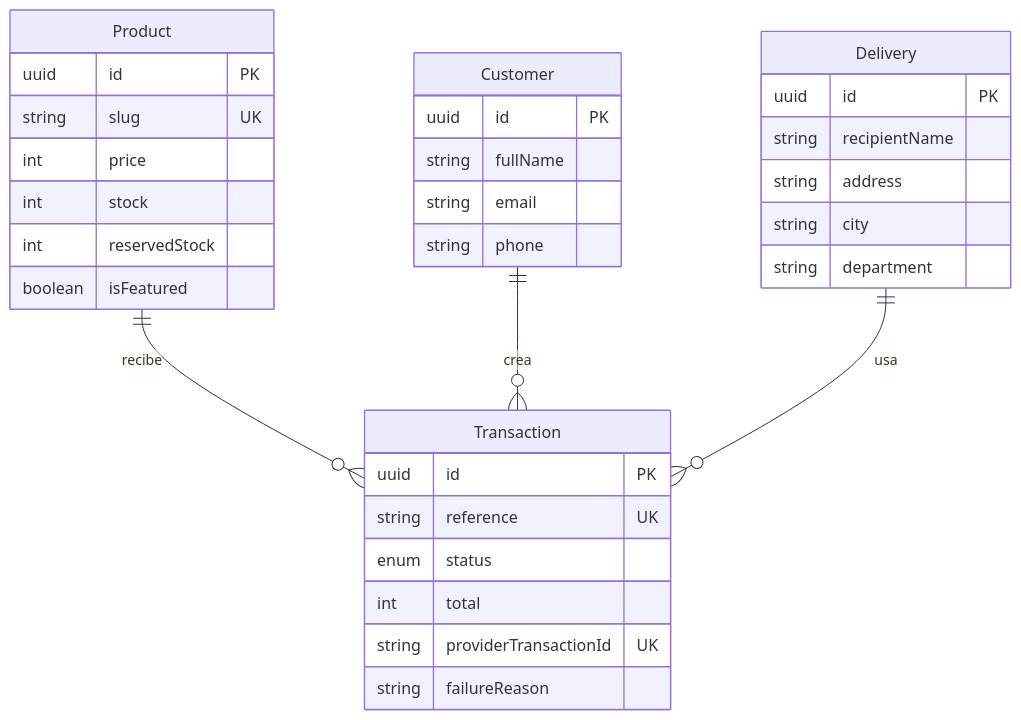
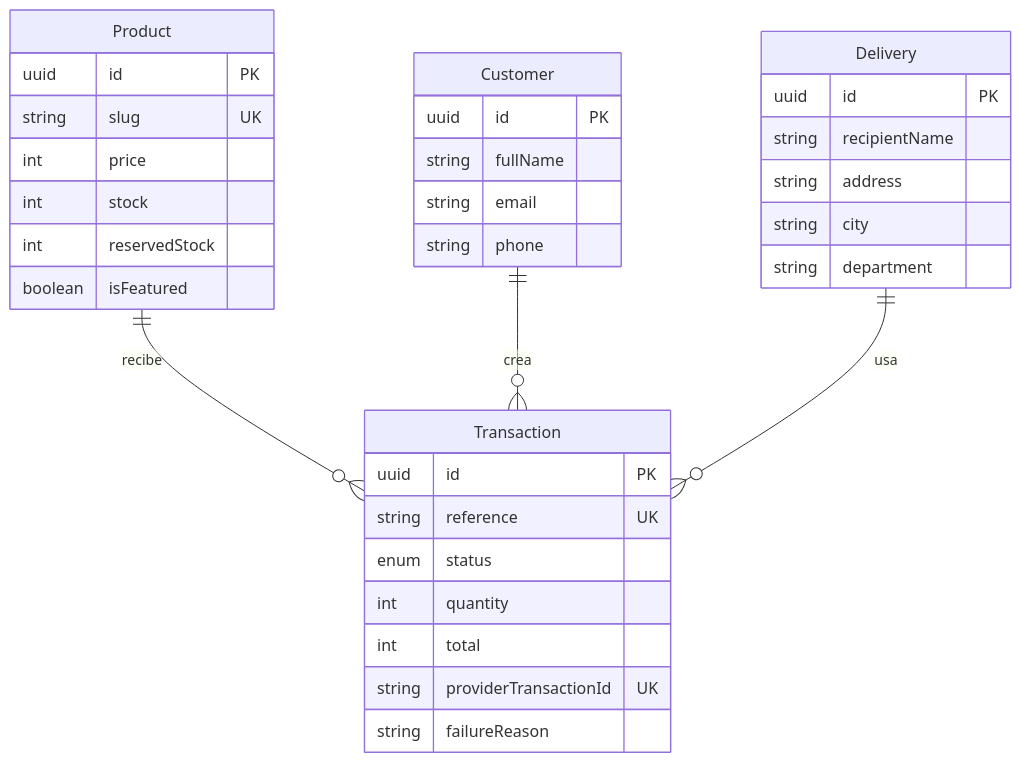
One commit to davidGuiitar/checkout-lab changed the third of 3 diagrams in README.md. Above: the diagram before and after it, drawn with Mermaid. The commit also changed other lines of this file and 10 other files, not shown here.

````diff
--- a/README.md
+++ b/README.md
@@ -74,36 +74,37 @@
 ```mermaid
 erDiagram
   Product ||--o{ Transaction : recibe
   Customer ||--o{ Transaction : crea
   Delivery ||--o{ Transaction : usa
 
   Product {
     uuid id PK
     string slug UK
     int price
     int stock
     int reservedStock
     boolean isFeatured
   }
   Customer {
     uuid id PK
     string fullName
     string email
     string phone
   }
   Delivery {
     uuid id PK
     string recipientName
     string address
     string city
     string department
   }
   Transaction {
     uuid id PK
     string reference UK
     enum status
+    int quantity
     int total
     string providerTransactionId UK
     string failureReason
   }
 ```
````
